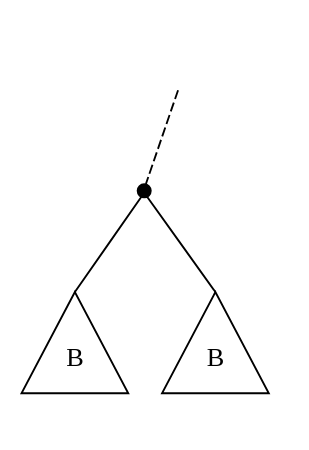
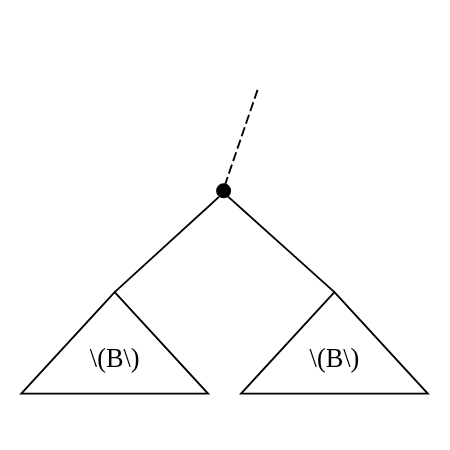
Before and after one commit to Larhard/Combinatorial-interpretations-of-holonomic-recurrences: the diagram in article/images_src/binary/def_3.dot, drawn with Graphviz. The commit also changed 294 other files, not shown here.

```diff
--- a/article/images_src/binary/def_3.dot
+++ b/article/images_src/binary/def_3.dot
@@ -1,13 +1,13 @@
 graph {
 	size="4,4"
     graph [splines=false]
 	0 [label="" shape=none]
 	B [label="" height=0.1 shape=circle style=filled fillcolor=black]
 	1 [label="" shape=none]
     0 -- B [style=dashed]
     0 -- 1 [style=invis]
     B -- B1 [headport=n]
     B -- B2 [headport=n]
-	B1 [label=B shape=triangle height=1]
-	B2 [label=B shape=triangle height=1]
+	B1 [label="\\(B\\)" shape=triangle height=1]
+	B2 [label="\\(B\\)" shape=triangle height=1]
 }
```
